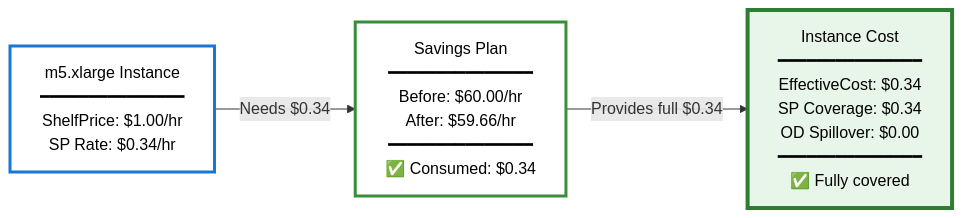
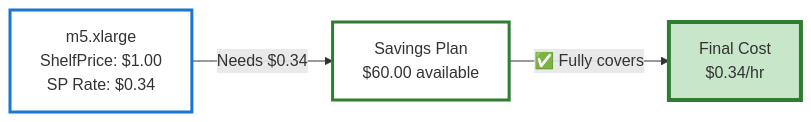
The fourth of 8 diagrams in ALGORITHM.md (Nextdoor/lumina), drawn with Mermaid before and after one commit. The commit also changed other lines of this file, not shown here.

First line of the commit message:
docs(algorithm): simplify coverage diagrams for readability

````diff
--- a/ALGORITHM.md
+++ b/ALGORITHM.md
@@ -272,15 +272,13 @@
 ```mermaid
 flowchart LR
-    I1["m5.xlarge Instance<br/>━━━━━━━━━━━━━━━<br/>ShelfPrice: $1.00/hr<br/>SP Rate: $0.34/hr"]
-
-    SP1["Savings Plan<br/>━━━━━━━━━━━━━━━<br/>Before: $60.00/hr<br/>After: $59.66/hr<br/>━━━━━━━━━━━━━━━<br/>✅ Consumed: $0.34"]
-
-    Result["Instance Cost<br/>━━━━━━━━━━━━━━━<br/>EffectiveCost: $0.34<br/>SP Coverage: $0.34<br/>OD Spillover: $0.00<br/>━━━━━━━━━━━━━━━<br/>✅ Fully covered"]
+    I1["m5.xlarge<br/>ShelfPrice: $1.00<br/>SP Rate: $0.34"]
+    SP1["Savings Plan<br/>$60.00 available"]
+    Result["Final Cost<br/>$0.34/hr"]
 
     I1 -->|"Needs $0.34"| SP1
-    SP1 -->|"Provides full $0.34"| Result
+    SP1 -->|"✅ Fully covers"| Result
 
-    style I1 fill:#fff,stroke:#1976d2,stroke-width:3px,color:#000
-    style SP1 fill:#fff,stroke:#388e3c,stroke-width:3px,color:#000
-    style Result fill:#e8f5e9,stroke:#2e7d32,stroke-width:4px,color:#000
+    style I1 fill:#fff,stroke:#1976d2,stroke-width:3px
+    style SP1 fill:#fff,stroke:#2e7d32,stroke-width:3px
+    style Result fill:#c8e6c9,stroke:#2e7d32,stroke-width:4px
 ```
````
